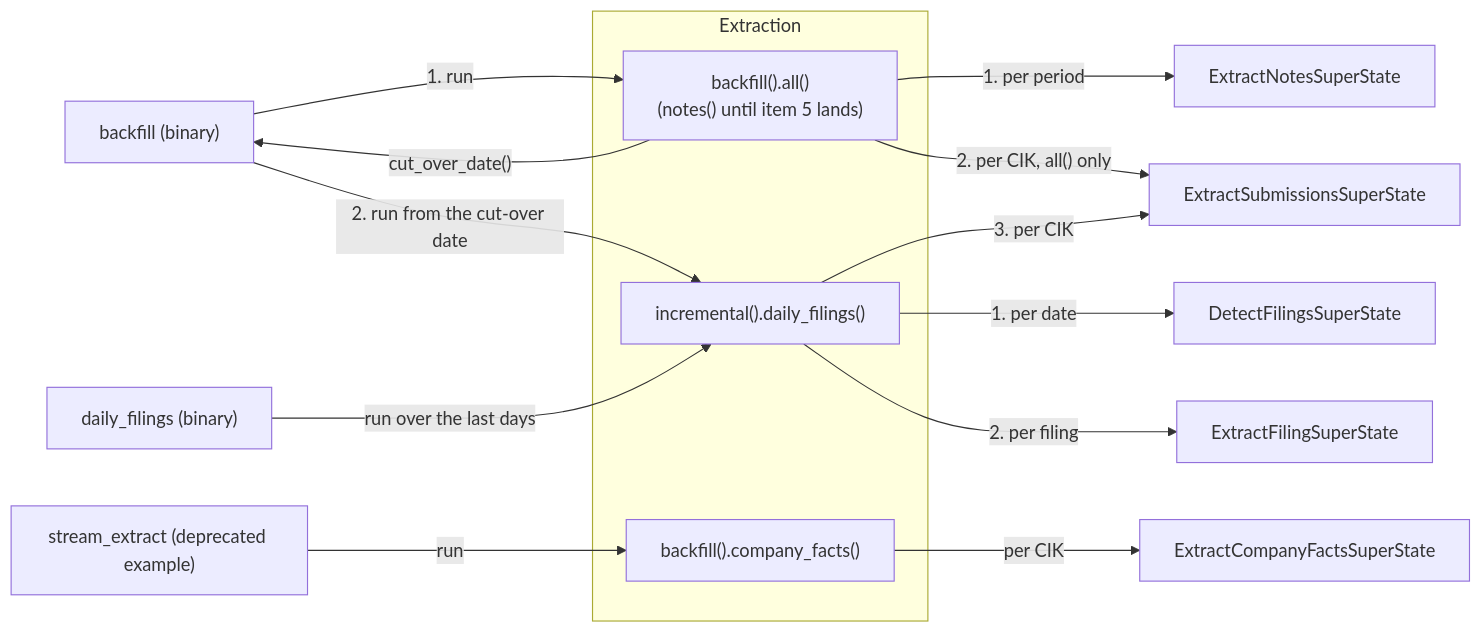
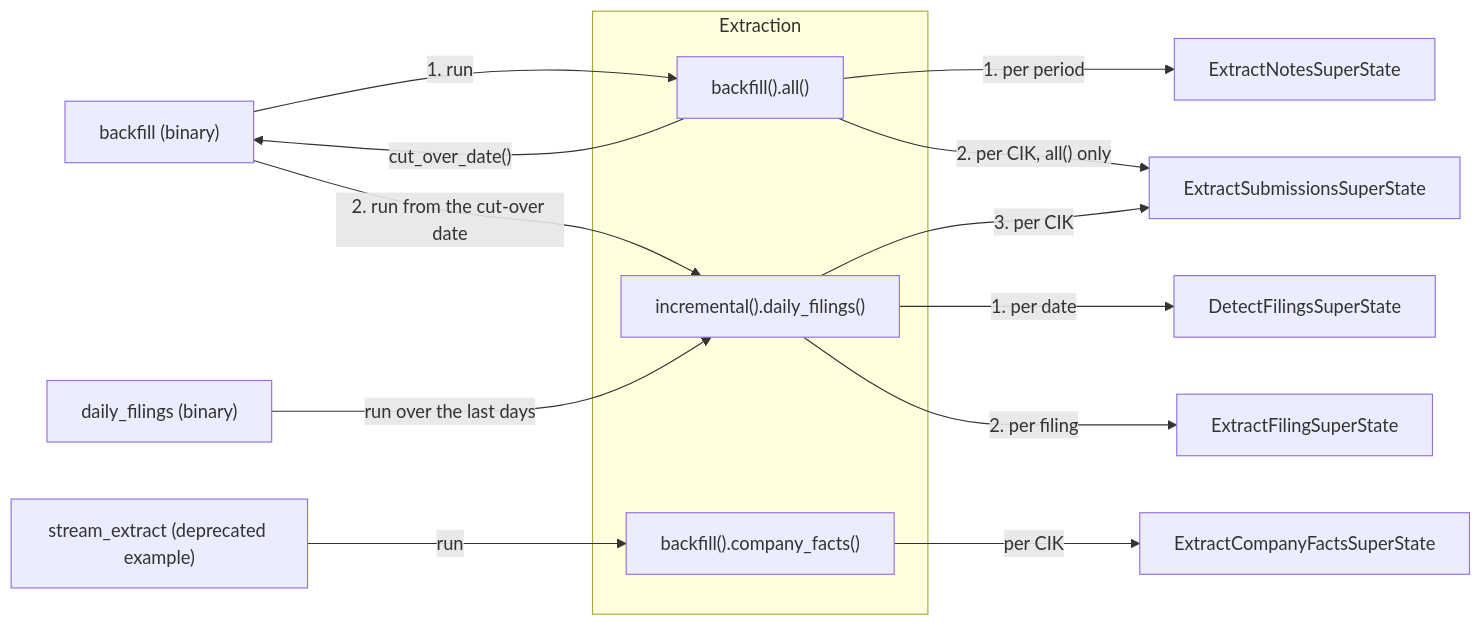
Before and after one commit to ironcapitaleu/arkad: the second of 2 diagrams in sec/design/pipeline/ingestion_paths.md, drawn with Mermaid. The commit also changed other lines of this file and 1 other file, not shown here.

First line of the commit message:
doc(sec): describe backfill().all() and the backfill binary on it

````diff
--- a/sec/design/pipeline/ingestion_paths.md
+++ b/sec/design/pipeline/ingestion_paths.md
@@ -326,22 +328,22 @@
 ```mermaid
 flowchart LR
     BF["backfill (binary)"]
     DF["daily_filings (binary)"]
     EX["stream_extract (deprecated example)"]
     subgraph facade["Extraction"]
-        ALL["backfill().all()<br/>(notes() until item 5 lands)"]
+        ALL["backfill().all()"]
         DFS["incremental().daily_filings()"]
         CF["backfill().company_facts()"]
     end
     BF -->|"1. run"| ALL
     ALL -->|"cut_over_date()"| BF
     BF -->|"2. run from the cut-over date"| DFS
     DF -->|"run over the last days"| DFS
     EX -->|run| CF
     ALL -->|"1. per period"| ENS[ExtractNotesSuperState]
     ALL -->|"2. per CIK, all() only"| ESS[ExtractSubmissionsSuperState]
     DFS -->|"1. per date"| DET[DetectFilingsSuperState]
     DFS -->|"2. per filing"| EFS[ExtractFilingSuperState]
     DFS -->|"3. per CIK"| ESS
     CF -->|per CIK| ECS[ExtractCompanyFactsSuperState]
 ```
````
